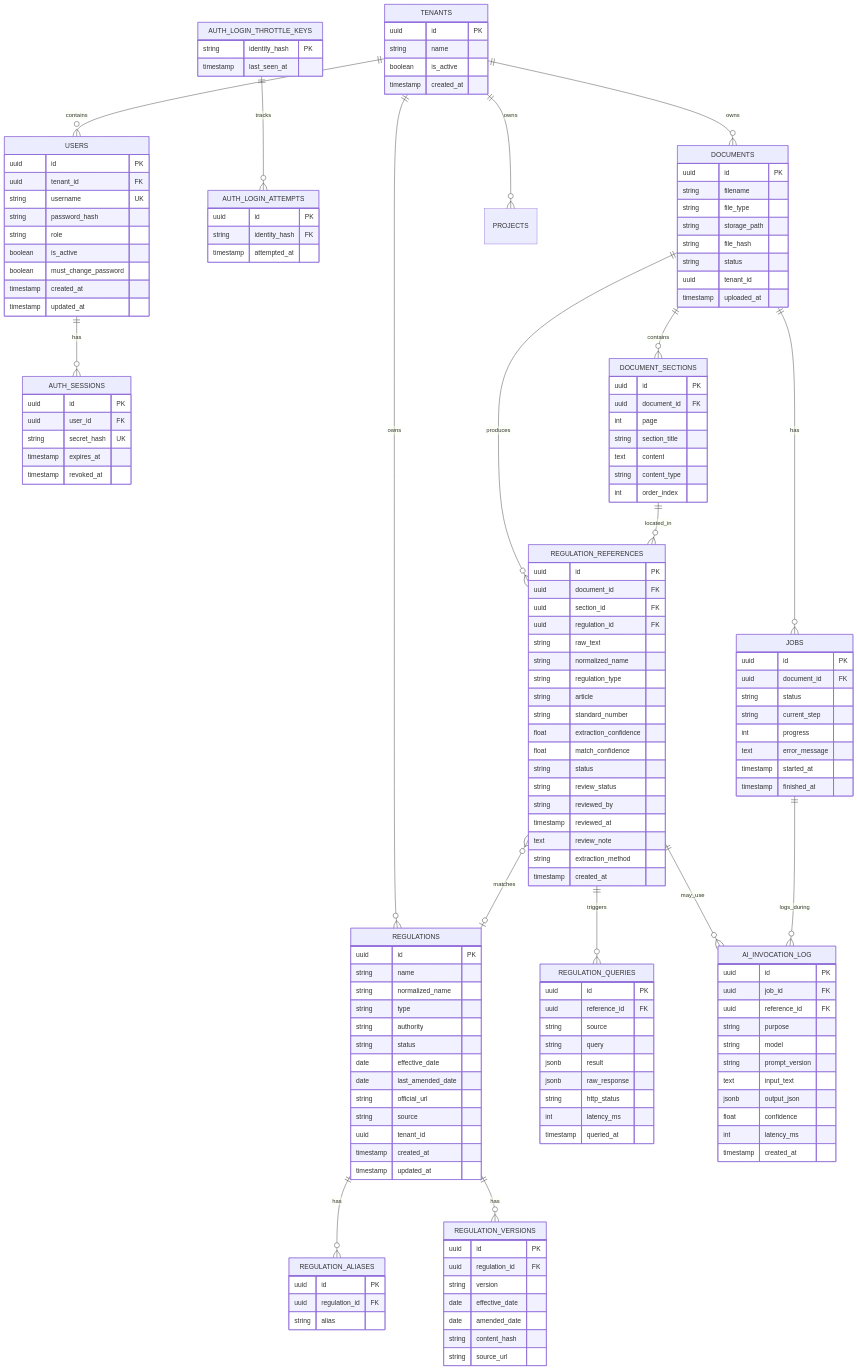
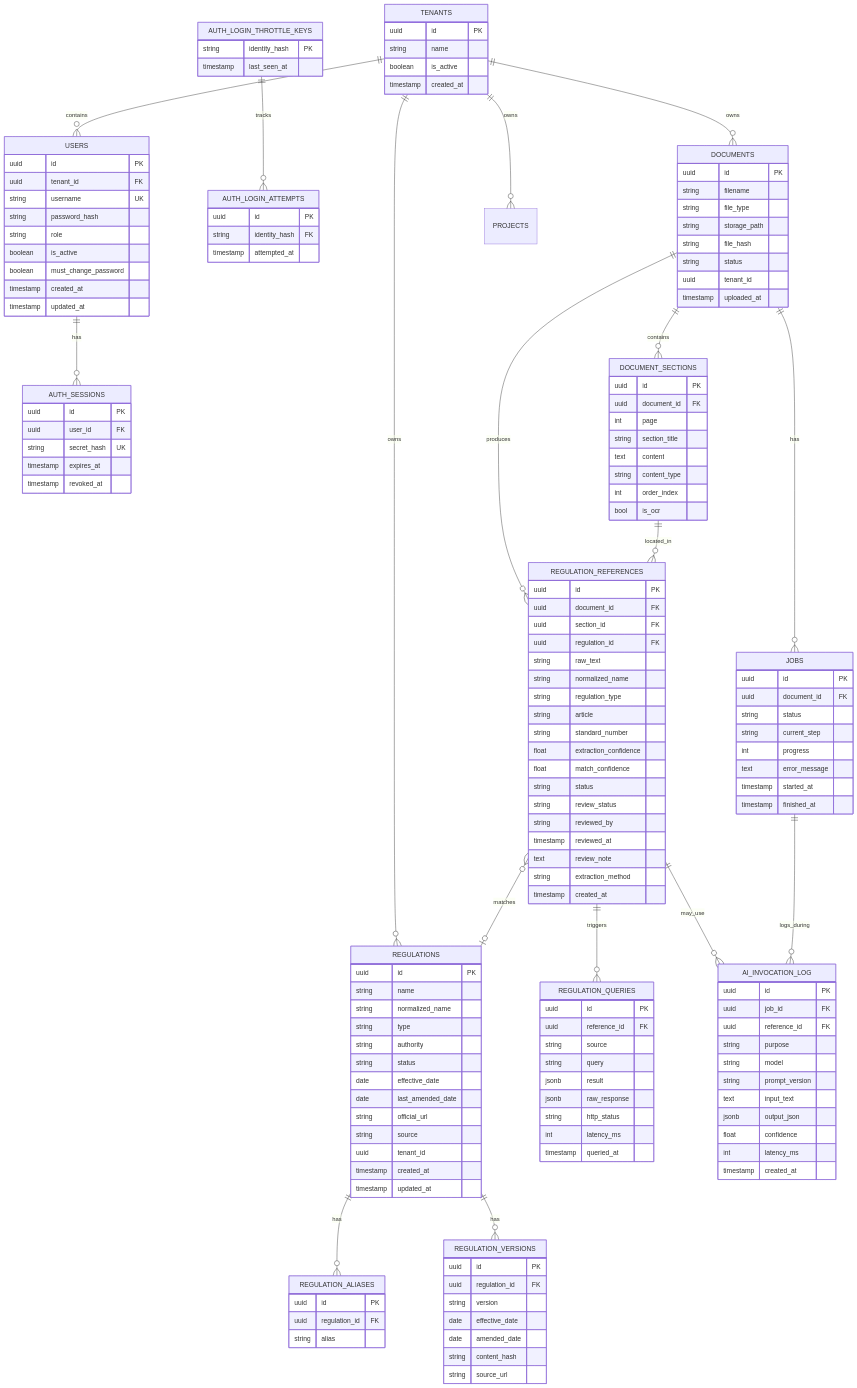
The diagram in docs/database.md (kayla162/Engineering-Quality), drawn with Mermaid before and after one commit. The commit also changed other lines of this file and 26 other files, not shown here.

```diff
--- a/docs/database.md
+++ b/docs/database.md
@@ -79,6 +79,7 @@
         text content
         string content_type
         int order_index
+        bool is_ocr
     }
     JOBS {
         uuid id PK
```
